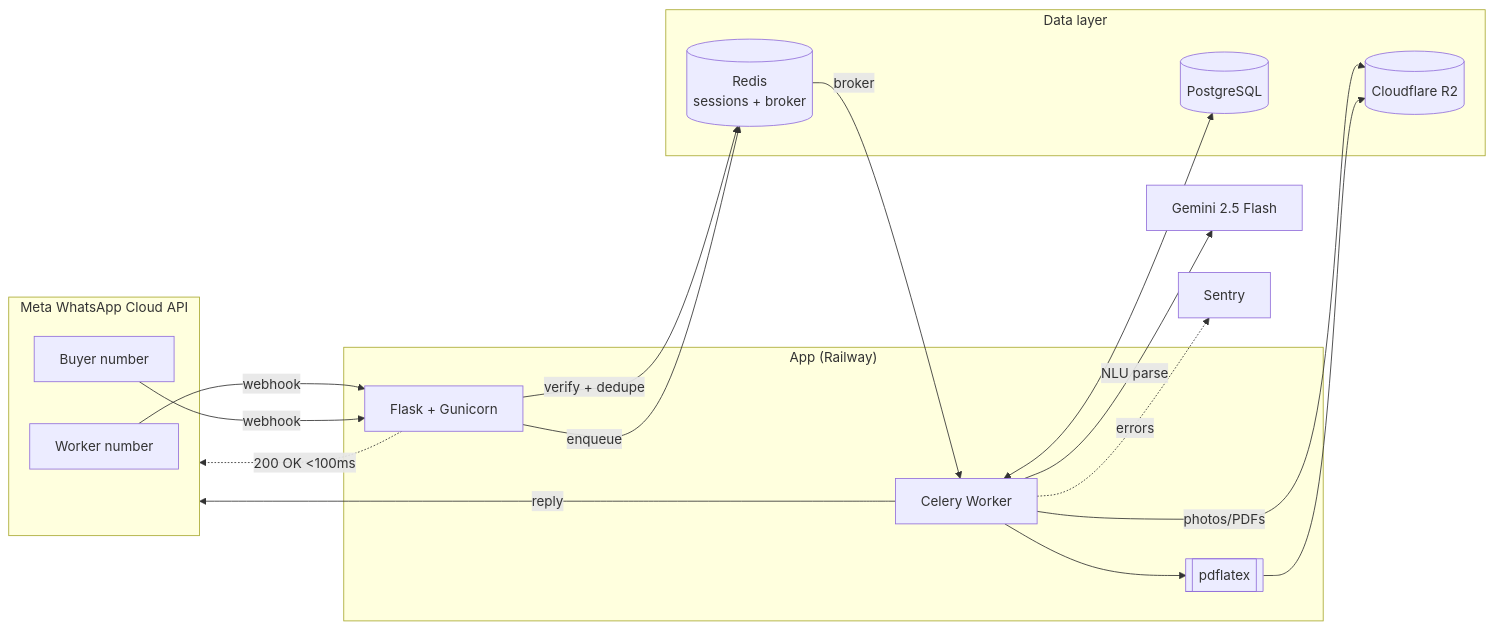
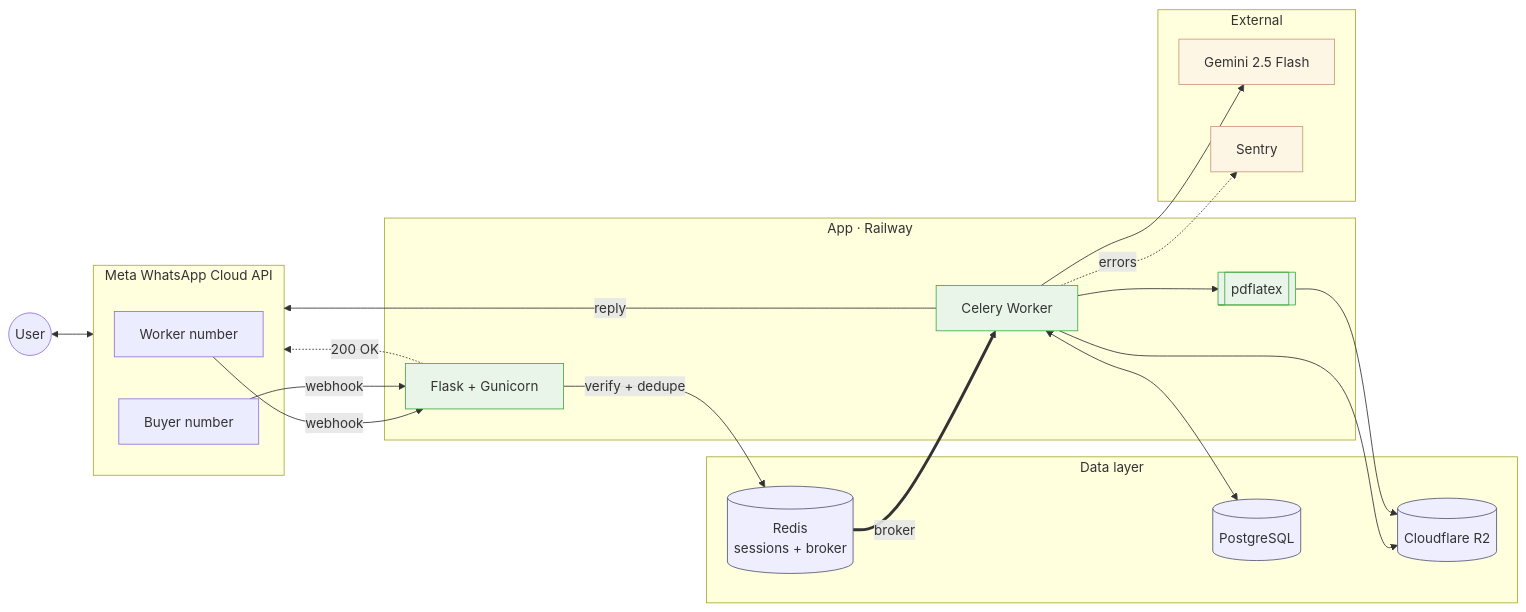
The diagram in README.md (LeongZiaZiang/organic-farm-whatsapp-bot), drawn with Mermaid before and after one commit.

Commit message:
Polish architecture diagram with color layers and external group

````diff
--- a/README.md
+++ b/README.md
@@ -24,35 +24,45 @@
 ```mermaid
 flowchart LR
+    User((User))
+
     subgraph Meta["Meta WhatsApp Cloud API"]
         WW[Worker number]
         BW[Buyer number]
     end
 
-    subgraph App["App (Railway)"]
+    subgraph App["App · Railway"]
         Flask[Flask + Gunicorn]
         Celery[Celery Worker]
         PDF[[pdflatex]]
     end
 
     subgraph Data["Data layer"]
         Redis[(Redis<br/>sessions + broker)]
         PG[(PostgreSQL)]
         R2[(Cloudflare R2)]
     end
 
-    Gemini[Gemini 2.5 Flash]
-    Sentry[Sentry]
+    subgraph Ext["External"]
+        Gemini[Gemini 2.5 Flash]
+        Sentry[Sentry]
+    end
 
+    User <--> Meta
     WW & BW -->|webhook| Flask
     Flask -->|verify + dedupe| Redis
-    Flask -.->|200 OK <100ms| Meta
-    Flask -->|enqueue| Redis
-    Redis -->|broker| Celery
+    Flask -.->|200 OK| Meta
+    Redis ==>|broker| Celery
     Celery <--> PG
-    Celery -->|photos/PDFs| R2
-    Celery -->|NLU parse| Gemini
+    Celery --> R2
+    Celery --> PDF --> R2
+    Celery --> Gemini
     Celery -->|reply| Meta
-    Celery --> PDF
-    PDF --> R2
     Celery -.->|errors| Sentry
+
+    classDef store fill:#eef,stroke:#557
+    classDef ext fill:#fef6e4,stroke:#c97
+    classDef app fill:#e8f5e8,stroke:#4a4
+    class Redis,PG,R2 store
+    class Gemini,Sentry ext
+    class Flask,Celery,PDF app
 ```
````
